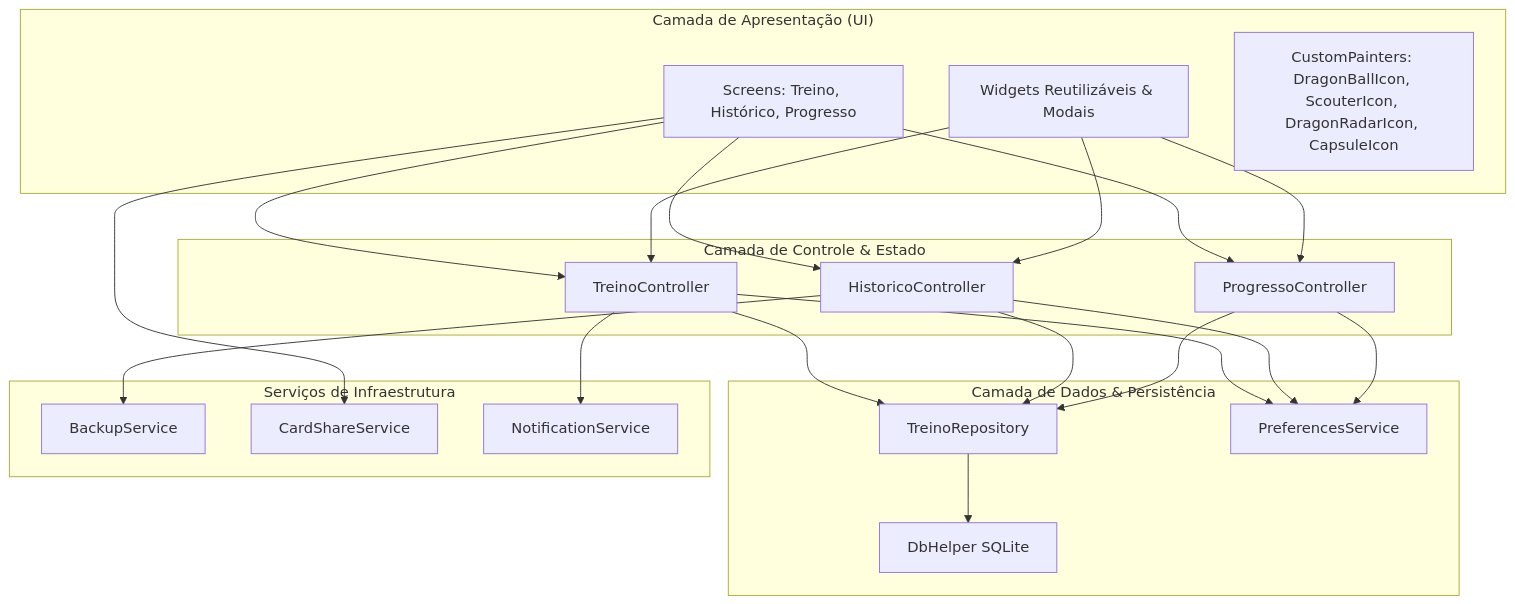
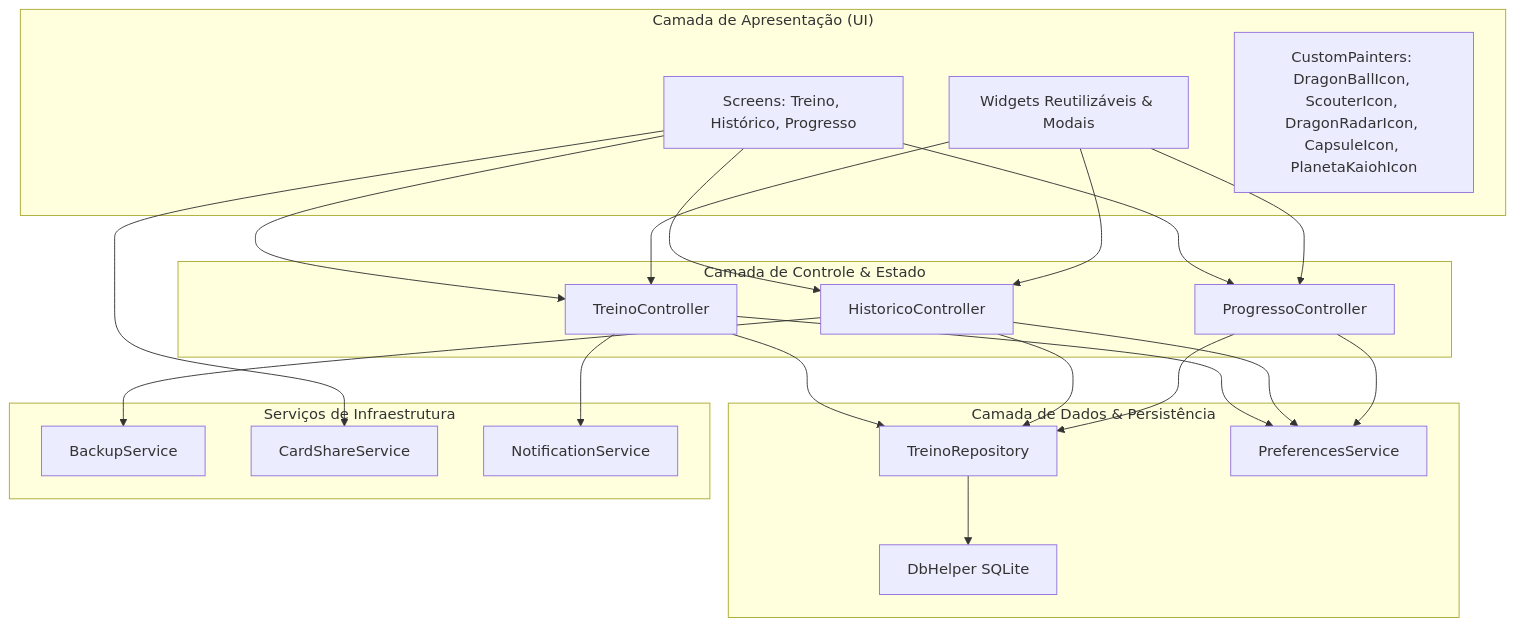
Before and after one commit to Luan-Diniz02/Gym_Saiyajin: the first of 2 diagrams in docs/ARQUITETURA.md, drawn with Mermaid. The commit also changed other lines of this file and 4 other files, not shown here.

Commit message:
docs: atualizar documentacao com especificacoes do Caminho da Serpente, Planeta Kaioh e UI/UX do Historico

````diff
--- a/docs/ARQUITETURA.md
+++ b/docs/ARQUITETURA.md
@@ -9,35 +9,35 @@
 ```mermaid
 graph TD
     subgraph UI ["Camada de Apresentação (UI)"]
         Screens[Screens: Treino, Histórico, Progresso]
         Widgets[Widgets Reutilizáveis & Modais]
-        Painters[CustomPainters: DragonBallIcon, ScouterIcon, DragonRadarIcon, CapsuleIcon]
+        Painters[CustomPainters: DragonBallIcon, ScouterIcon, DragonRadarIcon, CapsuleIcon, PlanetaKaiohIcon]
     end
 
     subgraph ControllersLayer ["Camada de Controle & Estado"]
         TC[TreinoController]
         HC[HistoricoController]
         PC[ProgressoController]
     end
 
     subgraph DataLayer ["Camada de Dados & Persistência"]
         Repo[TreinoRepository]
         DB[DbHelper SQLite]
         Prefs[PreferencesService]
     end
 
     subgraph InfrastructureLayer ["Serviços de Infraestrutura"]
         Backup[BackupService]
         Share[CardShareService]
         Notify[NotificationService]
     end
 
     Screens --> TC & HC & PC
     Widgets --> TC & HC & PC
     TC & HC & PC --> Repo
     TC & HC & PC --> Prefs
     Repo --> DB
     HC --> Backup
     Screens --> Share
     TC --> Notify
 ```
````
